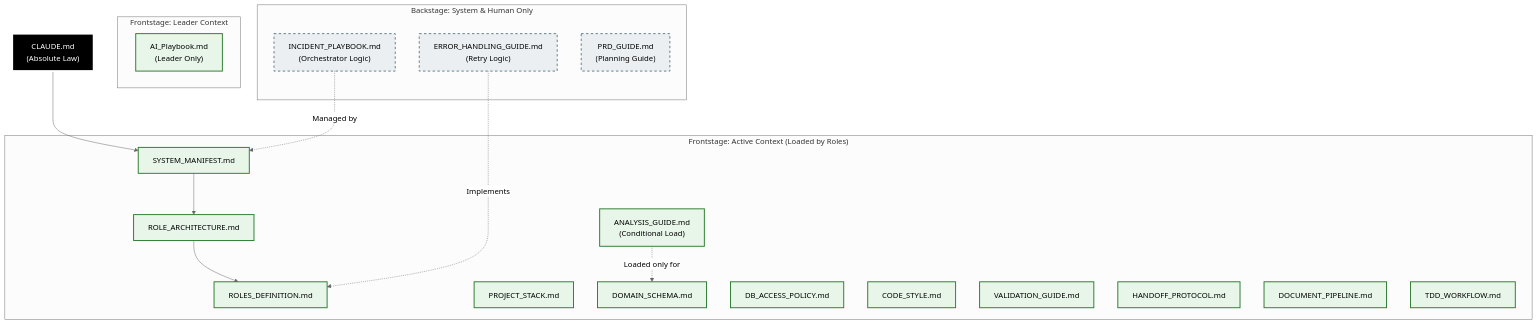
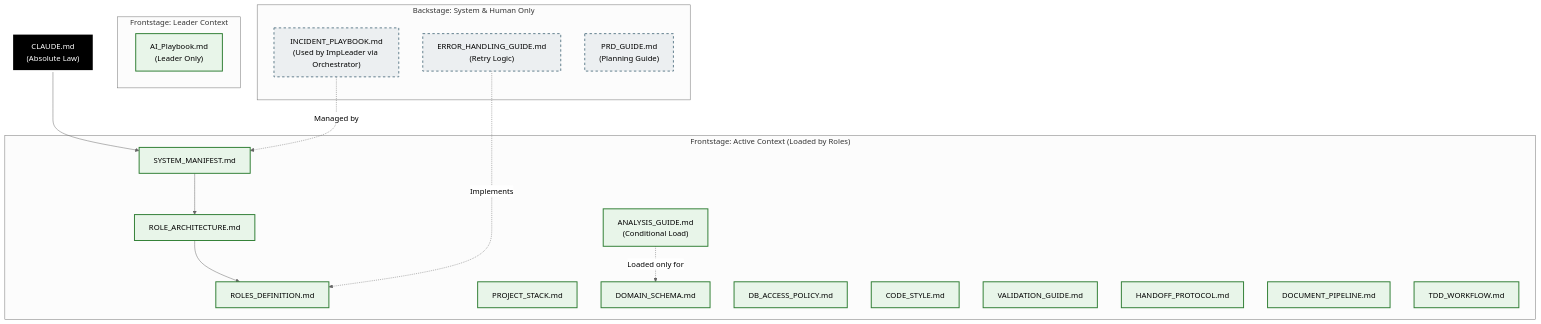
The third of 7 diagrams in ATO-System-B/.claude/README.md (Jelly1104/orchestrator), drawn with Mermaid (neutral theme) before and after one commit. The commit also changed other lines of this file and 150 other files, not shown here.

````diff
--- a/ATO-System-B/.claude/README.md
+++ b/ATO-System-B/.claude/README.md
@@ -183,56 +206,56 @@
 ```mermaid
 graph TD
     %% 스타일 정의
     classDef constitution fill:#000,stroke:#fff,stroke-width:4px,color:#fff;
     classDef active fill:#e8f5e9,stroke:#2e7d32,stroke-width:2px;
     classDef backstage fill:#eceff1,stroke:#607d8b,stroke-width:2px,stroke-dasharray: 5 5;
 
     %% 1. 헌법 (Constitution)
     CLAUDE["CLAUDE.md<br/>(Absolute Law)"]:::constitution
 
     %% 2. Active Context (Frontstage) - Role이 실제 읽음
     subgraph "Frontstage: Active Context (Loaded by Roles)"
         MANIFEST["SYSTEM_MANIFEST.md"]:::active
         ARCH["ROLE_ARCHITECTURE.md"]:::active
         ROLES["ROLES_DEFINITION.md"]:::active
         STACK["PROJECT_STACK.md"]:::active
 
         %% Rules & Protocols
         SCHEMA["DOMAIN_SCHEMA.md"]:::active
         POLICY["DB_ACCESS_POLICY.md"]:::active
         STYLE["CODE_STYLE.md"]:::active
         VALID["VALIDATION_GUIDE.md"]:::active
 
         %% Workflows
         HANDOFF["HANDOFF_PROTOCOL.md"]:::active
         PIPELINE["DOCUMENT_PIPELINE.md"]:::active
         TDD["TDD_WORKFLOW.md"]:::active
 
         %% Conditional Load
         ANALYSIS["ANALYSIS_GUIDE.md<br/>(Conditional Load)"]:::active
     end
 
     %% 3. Frontstage (Leader Only)
     subgraph "Frontstage: Leader Context"
         PLAYBOOK["AI_Playbook.md<br/>(Leader Only)"]:::active
     end
 
     %% 4. Backstage Context (Hidden) - 시스템/인간 용
     subgraph "Backstage: System & Human Only"
-        INCIDENT["INCIDENT_PLAYBOOK.md<br/>(Orchestrator Logic)"]:::backstage
+        INCIDENT["INCIDENT_PLAYBOOK.md<br/>(Used by ImpLeader via Orchestrator)"]:::backstage
         ERROR["ERROR_HANDLING_GUIDE.md<br/>(Retry Logic)"]:::backstage
         PRD_G["PRD_GUIDE.md<br/>(Planning Guide)"]:::backstage
     end
 
     %% 관계 정의
     CLAUDE --> MANIFEST
     MANIFEST --> ARCH
     ARCH --> ROLES
 
     %% 시스템 참조 관계
     ERROR -.->|"Implements"| ROLES
     INCIDENT -.->|"Managed by"| MANIFEST
 
     %% 조건부 로딩
     ANALYSIS -.->|"Loaded only for"| SCHEMA
 ```
````
